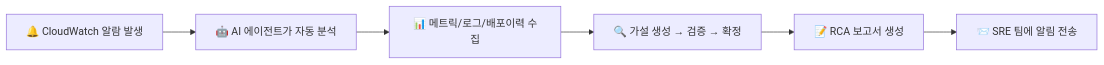
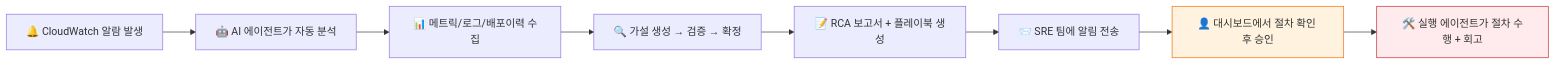
One commit to haandol/rca-agent changed the first of 25 diagrams in docs/system-guide-for-ops.md. Above: the diagram before and after it, drawn with Mermaid. The commit also changed other lines of this file and 7 other files, not shown here.

````diff
--- a/docs/system-guide-for-ops.md
+++ b/docs/system-guide-for-ops.md
@@ -29,8 +30,13 @@
 ```mermaid
 flowchart LR
     A["🔔 CloudWatch 알람 발생"] --> B["🤖 AI 에이전트가 자동 분석"]
     B --> C["📊 메트릭/로그/배포이력 수집"]
     C --> D["🔍 가설 생성 → 검증 → 확정"]
-    D --> E["📝 RCA 보고서 생성"]
+    D --> E["📝 RCA 보고서 + 플레이북 생성"]
     E --> F["📨 SRE 팀에 알림 전송"]
+    F --> G["👤 대시보드에서 절차 확인 후 승인"]
+    G --> H["🛠️ 실행 에이전트가 절차 수행 + 회고"]
+
+    style G fill:#fff3e0,stroke:#ef6c00
+    style H fill:#ffebee,stroke:#c62828
 ```
````
